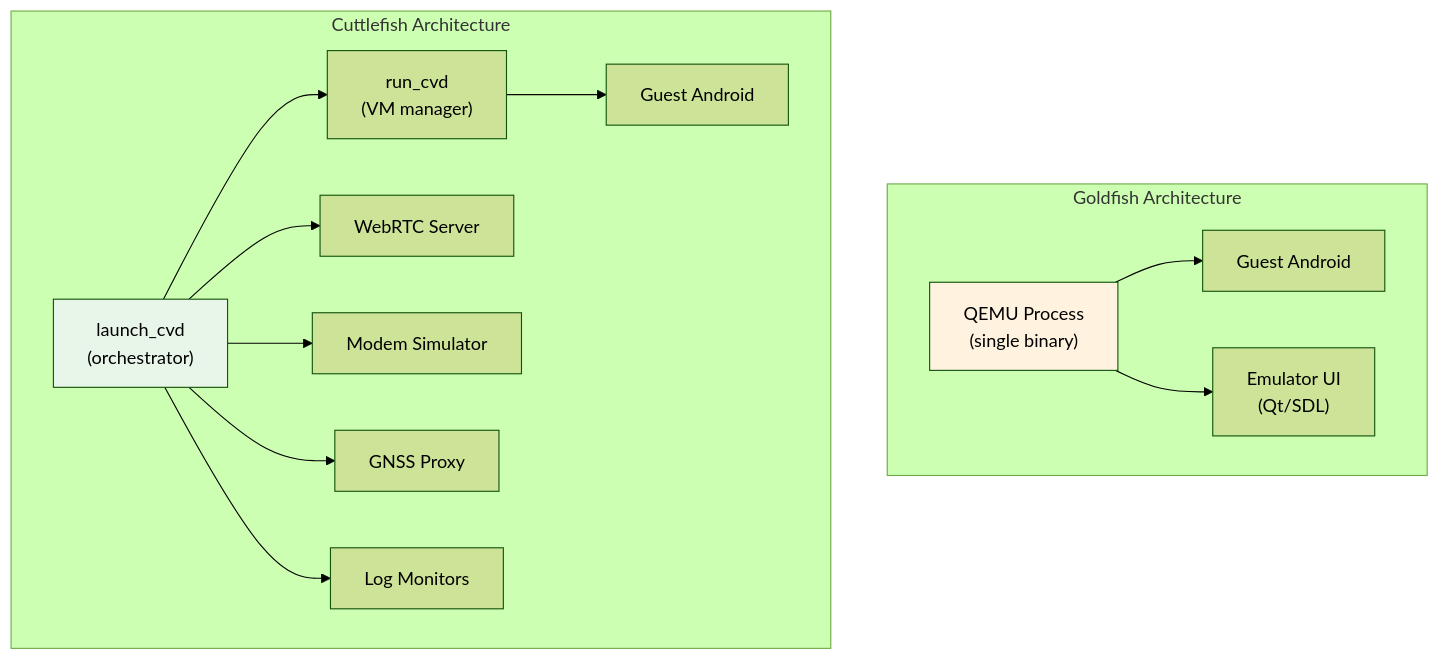
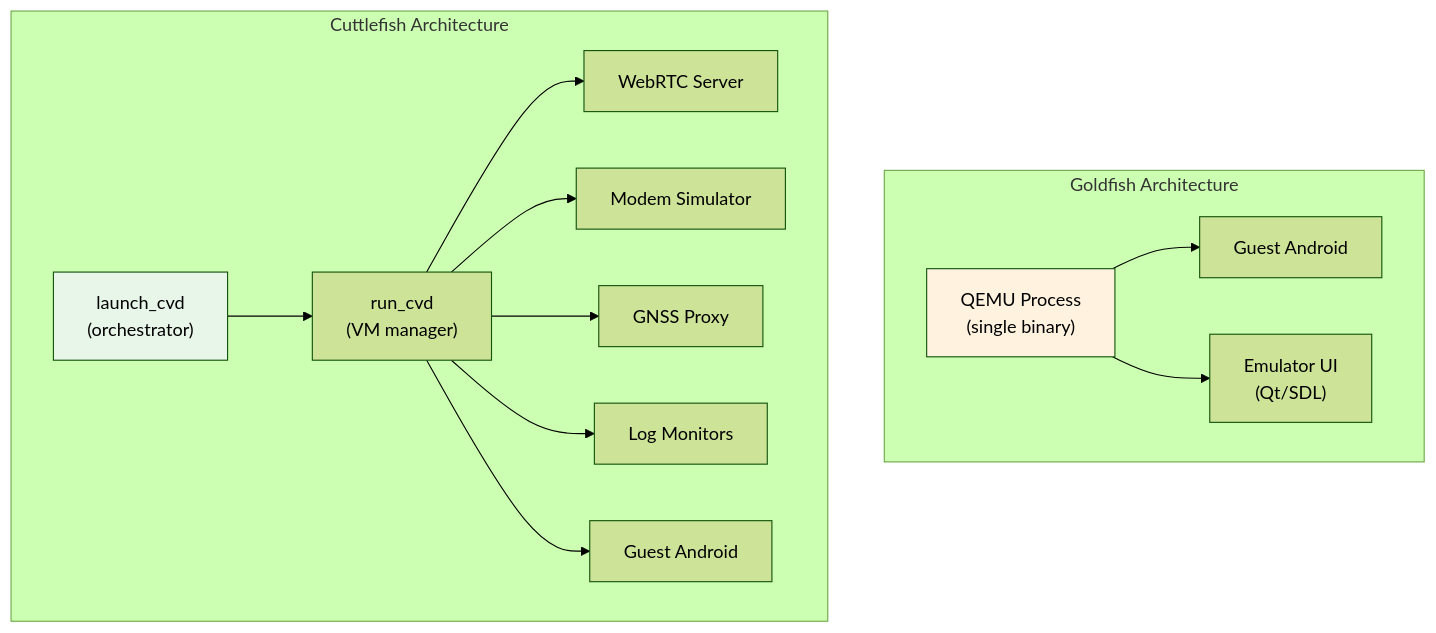
One commit to aospbooks/aosp-internal-book changed diagram 12 of 20 in 60-emulator.md. Above: the diagram before and after it, drawn with Mermaid (forest theme). The commit also changed other lines of this file and 218 other files, not shown here.

````diff
--- a/60-emulator.md
+++ b/60-emulator.md
@@ -2374,31 +2402,31 @@
 ```mermaid
 graph TB
     subgraph "Goldfish Architecture"
         GF_QEMU["QEMU Process<br/>(single binary)"]
         GF_UI["Emulator UI<br/>(Qt/SDL)"]
         GF_GUEST["Guest Android"]
 
         GF_QEMU --> GF_GUEST
         GF_QEMU --> GF_UI
     end
 
     subgraph "Cuttlefish Architecture"
         CF_LAUNCH["launch_cvd<br/>(orchestrator)"]
         CF_CVD["run_cvd<br/>(VM manager)"]
         CF_WEBRTC["WebRTC Server"]
         CF_MODEM["Modem Simulator"]
         CF_GNSS["GNSS Proxy"]
         CF_LOG["Log Monitors"]
         CF_GUEST2["Guest Android"]
 
         CF_LAUNCH --> CF_CVD
-        CF_LAUNCH --> CF_WEBRTC
-        CF_LAUNCH --> CF_MODEM
-        CF_LAUNCH --> CF_GNSS
-        CF_LAUNCH --> CF_LOG
+        CF_CVD --> CF_WEBRTC
+        CF_CVD --> CF_MODEM
+        CF_CVD --> CF_GNSS
+        CF_CVD --> CF_LOG
         CF_CVD --> CF_GUEST2
     end
 
     style GF_QEMU fill:#fff3e0
     style CF_LAUNCH fill:#e8f5e9
 ```
````
